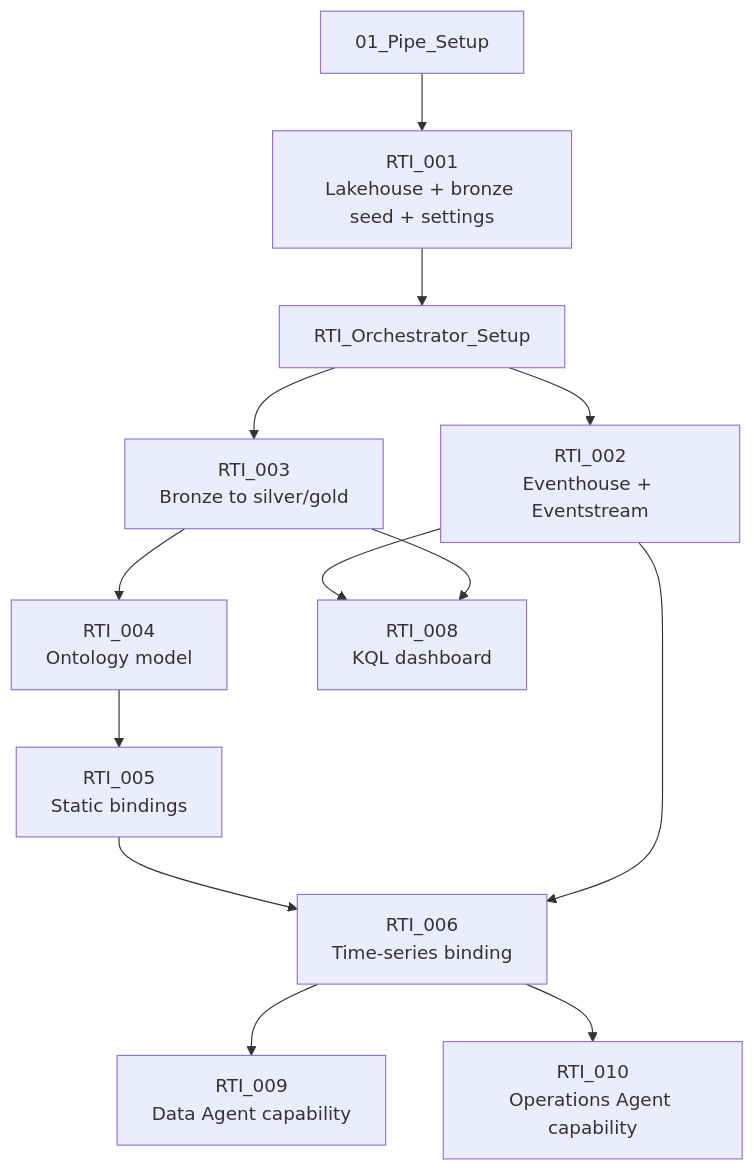
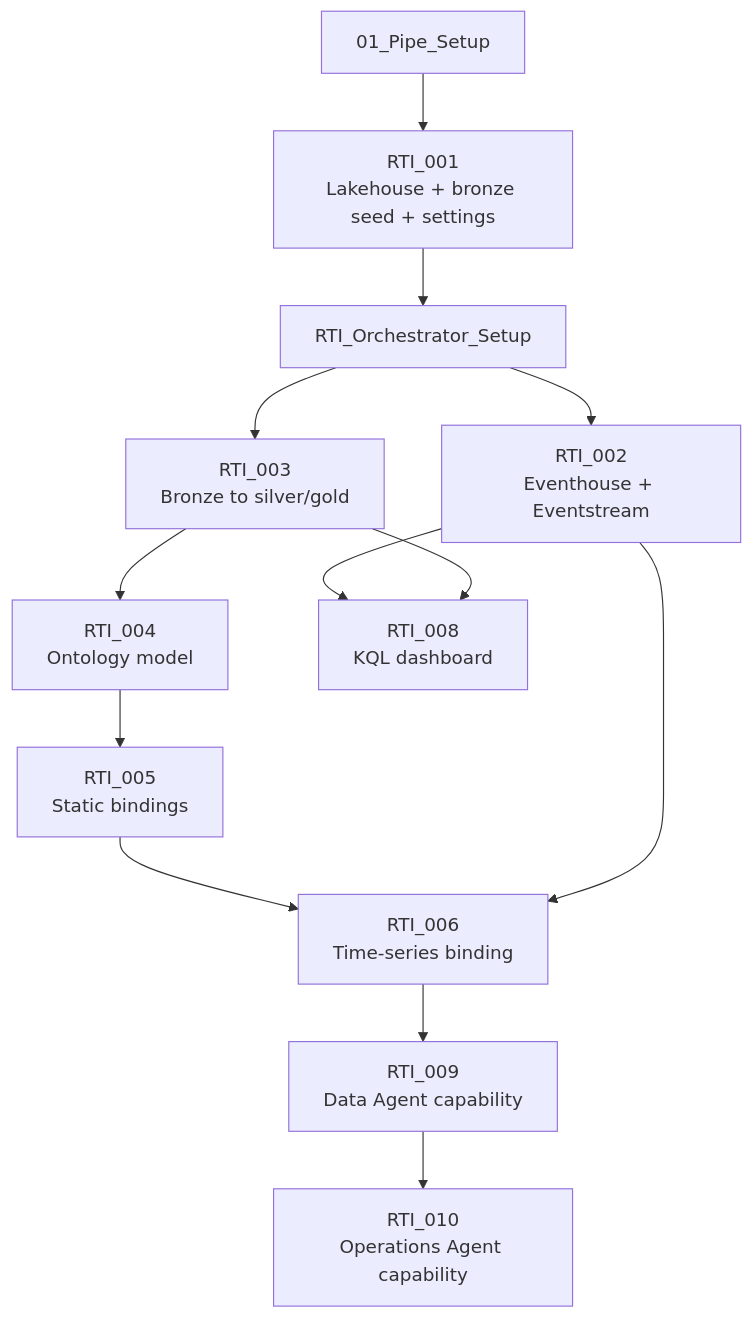
Before and after one commit to dibakardharchoudhury/FabricIQAppsDEMO: the second of 4 diagrams in DATA_FLOW_ANALYSIS.md, drawn with Mermaid. The commit also changed other lines of this file and 28 other files, not shown here.

First line of the commit message:
fix: restore native Ontology v2 graph topology

````diff
--- a/DATA_FLOW_ANALYSIS.md
+++ b/DATA_FLOW_ANALYSIS.md
@@ -103,15 +111,15 @@
 ```mermaid
 flowchart TD
     PIPE["01_Pipe_Setup"] --> N1["RTI_001\nLakehouse + bronze seed + settings"]
     N1 --> ORCH["RTI_Orchestrator_Setup"]
     ORCH --> N2["RTI_002\nEventhouse + Eventstream"]
     ORCH --> N3["RTI_003\nBronze to silver/gold"]
     N3 --> N4["RTI_004\nOntology model"]
     N4 --> N5["RTI_005\nStatic bindings"]
     N5 --> N6["RTI_006\nTime-series binding"]
     N2 --> N6
     N2 --> N8["RTI_008\nKQL dashboard"]
     N3 --> N8
     N6 --> N9["RTI_009\nData Agent capability"]
-    N6 --> N10["RTI_010\nOperations Agent capability"]
+    N9 --> N10["RTI_010\nOperations Agent capability"]
 ```
````
